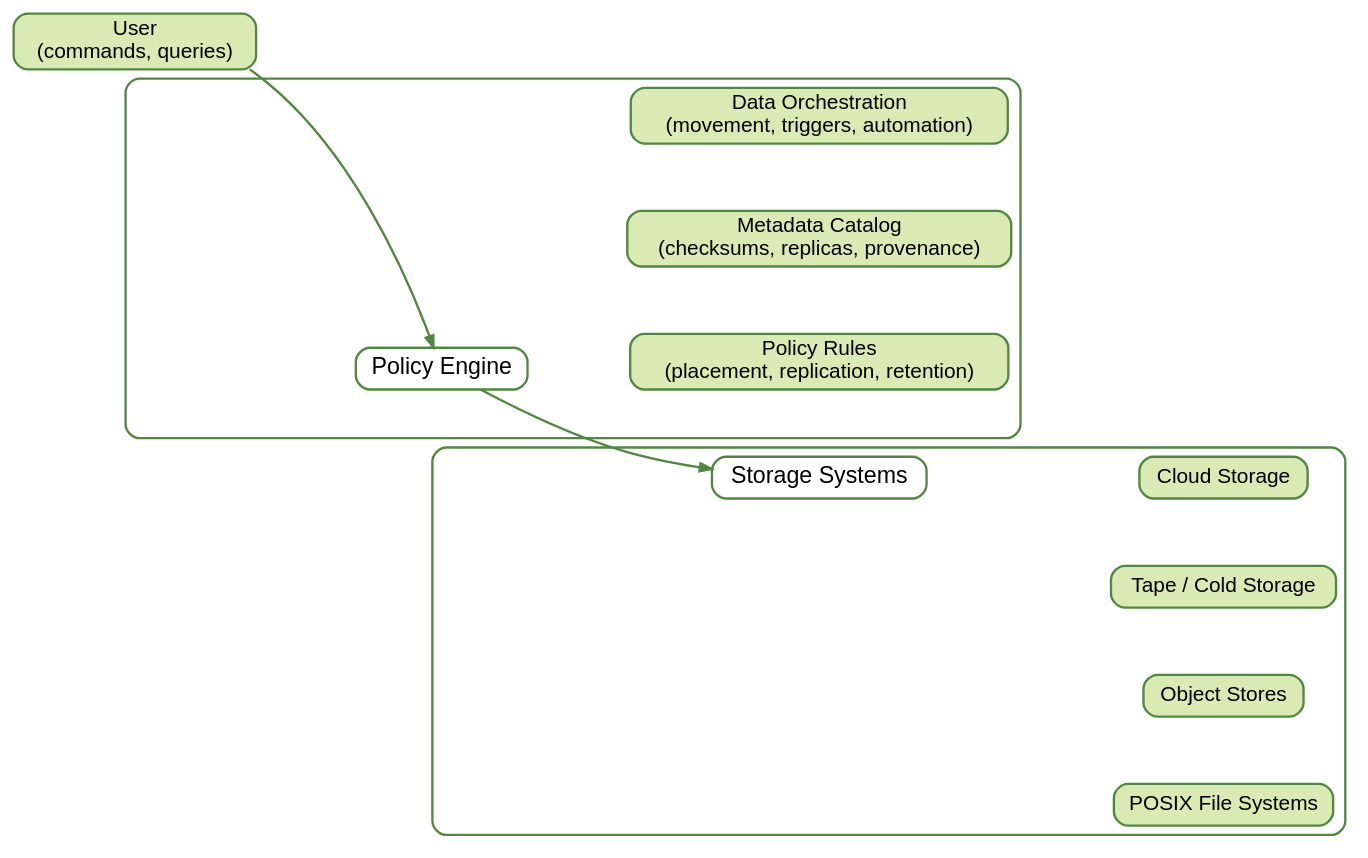
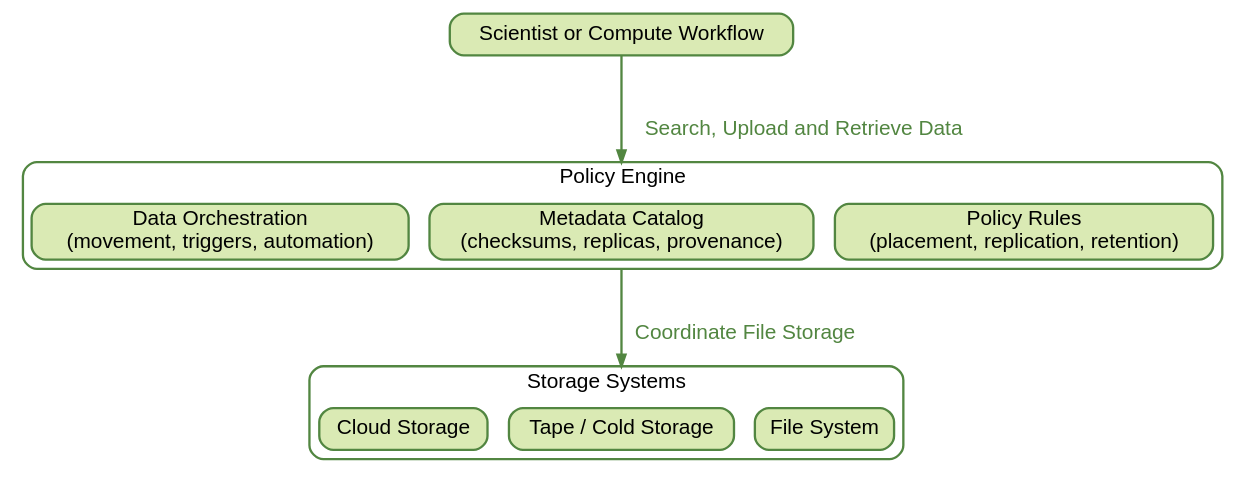
One commit to chStaiger/rdm-tech-foundations changed the first of 6 diagrams in book/policy-engines.qmd. Above: the diagram before and after it, drawn with Graphviz. The commit also changed other lines of this file and 3 other files, not shown here.

First line of the commit message:
Review repositories and policy engines (#72)

````diff
--- a/book/policy-engines.qmd
+++ b/book/policy-engines.qmd
@@ -58,18 +54,18 @@
 ```{dot}
-//| label: fig-1
+//| label: fig-policy-engines
 //| fig-cap: Policy engines coordinate storage, enabling metadata‑driven automation and consistent digital‑object management across distributed systems.
 //| fig-align: center
-//| fig-width: 10
+//| fig-width: 8
 
 digraph policy_engines {
 
     graph [
-        rankdir=LR,
+        rankdir=TB,
         bgcolor="white",
         fontname="Helvetica",
         fontsize=18,
-        nodesep=0.8,
-        ranksep=1.2
+        ranksep=1.5,
+        compound=True
     ];
 
     node [
@@ -90,42 +86,23 @@
         penwidth=2
     ];
 
-    // ----------------------------------------------------
-    // User node
-    // ----------------------------------------------------
-    User [label="User\n(commands, queries)"];
+    User [label="Scientist or Compute Workflow"];
 
     // ----------------------------------------------------
     // Policy Engine cluster with vertical stacking
     // ----------------------------------------------------
     subgraph cluster_policy {
-        label="";
+        label="Policy Engine";
         color="#528641";
         penwidth=2;
         style="rounded";
 
-        // Header node (no fill)
-        PolicyHeader [
-            label="Policy Engine",
-            shape=box,
-            style="rounded",
-            color="#528641",
-            fillcolor="white",
-            penwidth=2,
-            fontsize=20
-        ];
 
         // Cluster nodes
         Rules         [label="Policy Rules\n(placement, replication, retention)"];
         Catalog       [label="Metadata Catalog\n(checksums, replicas, provenance)"];
+        
         Orchestration [label="Data Orchestration\n(movement, triggers, automation)"];
-
-        PolicyHeader -> Rules         [style=invis, weight=50];
-        PolicyHeader -> Catalog       [style=invis, weight=50];
-        PolicyHeader -> Orchestration [style=invis, weight=50];
-        
-        TopPolicyAnchor [shape=point, width=0, height=0, label="", style=invis];
-		TopPolicyAnchor -> PolicyHeader [style=invis, weight=500];
 
     }
 
@@ -133,46 +110,22 @@
     // Storage Systems cluster with vertical stacking
     // ----------------------------------------------------
     subgraph cluster_storage {
-        label="";
+        label="Storage Systems";
         color="#528641";
         penwidth=2;
         style="rounded";
 
-        // Header node (no fill)
-        StorageHeader [
-            label="Storage Systems",
-            shape=box,
-            style="rounded",
-            color="#528641",
-            fillcolor="white",
-            penwidth=2,
-            fontsize=20
-        ];
-
         // Cluster nodes
-        POSIX      [label="POSIX File Systems"];
-        Object     [label="Object Stores"];
+        File     [label="File System"];
         Tape       [label="Tape / Cold Storage"];
         CloudStore [label="Cloud Storage"];
-
-        // ⭐ Invisible vertical chain (forces stacking)
-        StorageHeader -> POSIX      [style=invis, weight=50];
-        StorageHeader -> Object      [style=invis, weight=50];
-       StorageHeader -> Tape        [style=invis, weight=50];
-        StorageHeader -> CloudStore  [style=invis, weight=50];
-        TopStorageAnchor [shape=point, width=0, height=0, label="", style=invis];
-		TopStorageAnchor -> StorageHeader [style=invis, weight=500];
-
     }
 
     // ----------------------------------------------------
     // Edges between clusters via header nodes
     // ----------------------------------------------------
-    User -> PolicyHeader;
-
-    PolicyHeader -> StorageHeader;
-    TopPolicyAnchor -> TopStorageAnchor [style=invis, weight=1000];
+    User -> Catalog [label="Search, Upload and Retrieve Data ", lhead="cluster_policy",];
+    Catalog -> Tape [label="Coordinate File Storage", ltail="cluster_policy", lhead="cluster_storage"];
 
 }
-
 ```
````
